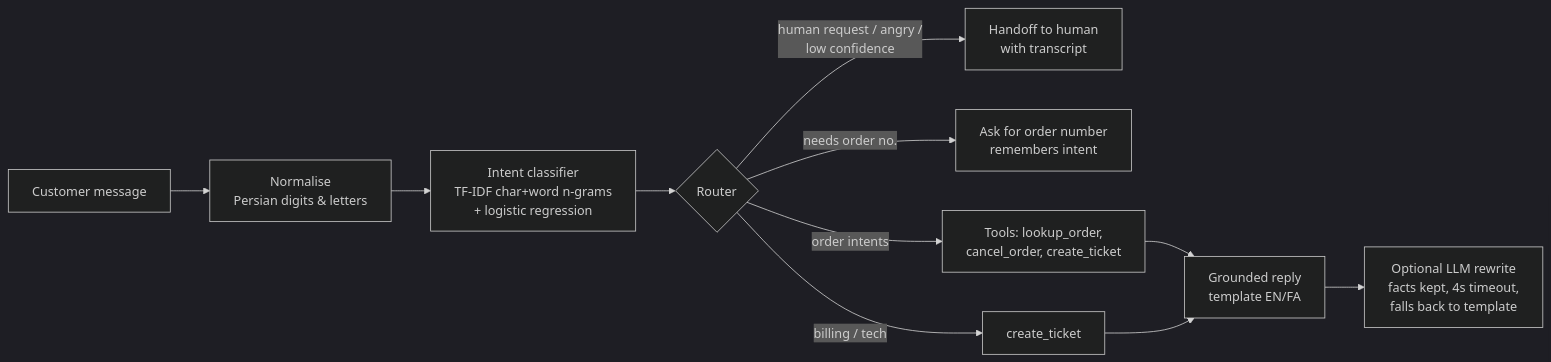
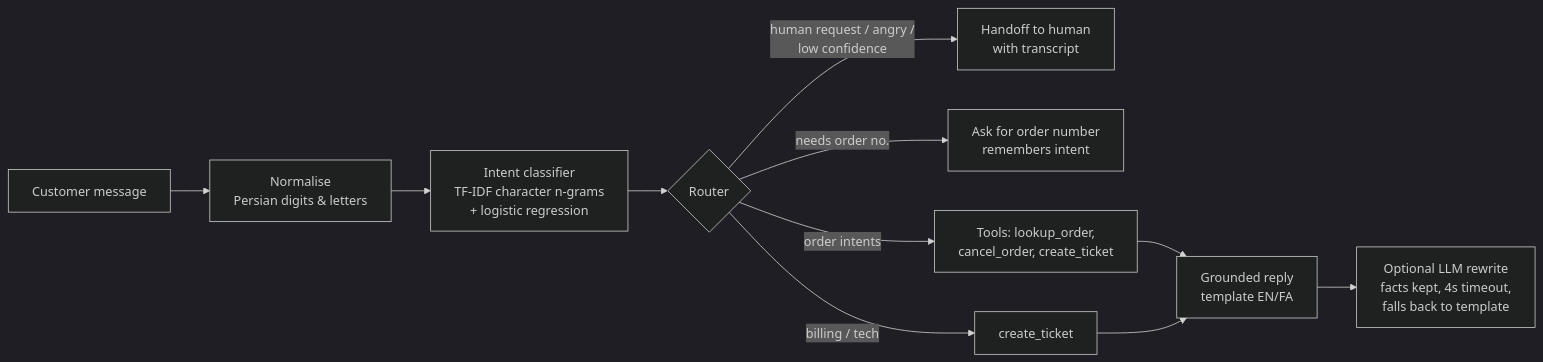
One commit to SaharMb90/support-agent changed the diagram in README.md. Above: the diagram before and after it, drawn with Mermaid (dark theme). The commit also changed other lines of this file and 8 other files, not shown here.

````diff
--- a/README.md
+++ b/README.md
@@ -12,13 +19,13 @@
 ```mermaid
 flowchart LR
     M[Customer message] --> N[Normalise<br/>Persian digits & letters]
-    N --> C[Intent classifier<br/>TF-IDF char+word n-grams<br/>+ logistic regression]
+    N --> C[Intent classifier<br/>TF-IDF character n-grams<br/>+ logistic regression]
     C --> R{Router}
     R -- human request / angry /<br/>low confidence --> H[Handoff to human<br/>with transcript]
     R -- needs order no. --> Q[Ask for order number<br/>remembers intent]
     R -- order intents --> T[Tools: lookup_order,<br/>cancel_order, create_ticket]
     R -- billing / tech --> K[create_ticket]
     T --> D[Grounded reply<br/>template EN/FA]
     K --> D
     D --> L[Optional LLM rewrite<br/>facts kept, 4s timeout,<br/>falls back to template]
 ```
````
